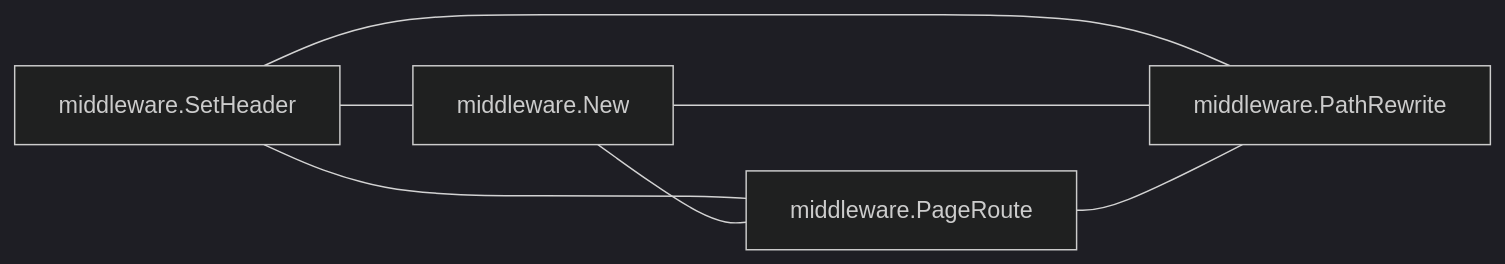
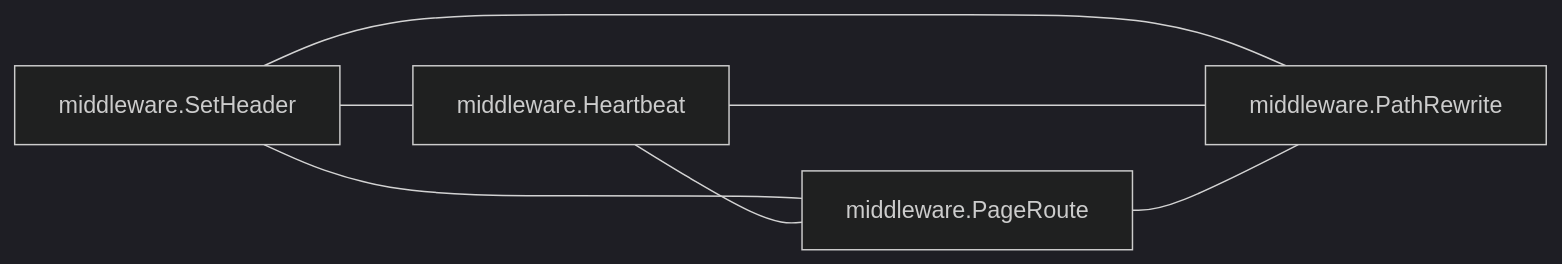
Before and after one commit to LukasSelin/doppel: the sixth of 7 diagrams in examples/chi.md, drawn with Mermaid (dark theme). The commit also changed other lines of this file and 19 other files, not shown here.

````diff
--- a/examples/chi.md
+++ b/examples/chi.md
@@ -531,13 +544,13 @@
 ```mermaid
 flowchart LR
     m0["middleware.SetHeader"]
-    m1["middleware.New"]
+    m1["middleware.Heartbeat"]
     m2["middleware.PageRoute"]
     m3["middleware.PathRewrite"]
     m0 --- m1
     m0 --- m2
     m0 --- m3
     m1 --- m2
     m1 --- m3
     m2 --- m3
 ```
````
